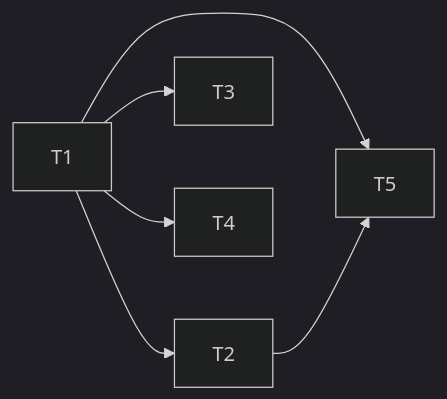
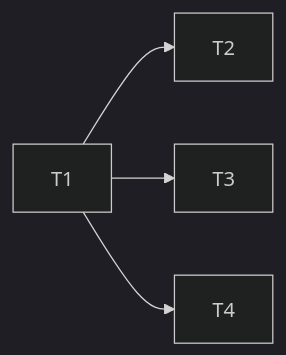
One commit to jcallaway82/design-docs-template changed the diagram in PLUGIN_PACKAGING.md. Above: the diagram before and after it, drawn with Mermaid (dark theme). The commit also changed other lines of this file and 1 other file, not shown here.

````diff
--- a/PLUGIN_PACKAGING.md
+++ b/PLUGIN_PACKAGING.md
@@ -143,8 +144,6 @@
 ```mermaid
 graph LR
     T1 --> T2
     T1 --> T3
     T1 --> T4
-    T1 --> T5
-    T2 --> T5
 ```
````
